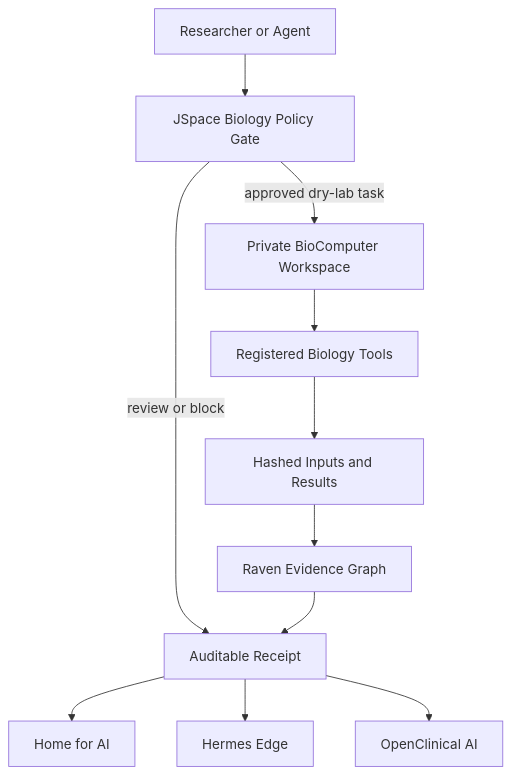
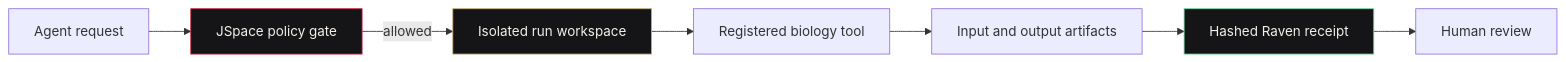
Before and after one commit to simpliibarrii-crypto/simpliibarrii-crypto-raven-biocomputer: the diagram in README.md, drawn with Mermaid. The commit also changed other lines of this file, not shown here.

Commit message:
brand: synchronize BioComputer public presentation

````diff
--- a/README.md
+++ b/README.md
@@ -117,13 +48,13 @@
 ```mermaid
-flowchart TD
-    User[Researcher or Agent] --> Gate[JSpace Biology Policy Gate]
-    Gate -->|approved dry-lab task| Box[Private BioComputer Workspace]
-    Gate -->|review or block| Audit[Auditable Receipt]
-    Box --> Tools[Registered Biology Tools]
-    Tools --> Hash[Hashed Inputs and Results]
-    Hash --> Evidence[Raven Evidence Graph]
-    Evidence --> Audit
-    Audit --> Home[Home for AI]
-    Audit --> Hermes[Hermes Edge]
-    Audit --> Clinical[OpenClinical AI]
+flowchart LR
+    Agent[Agent request] --> Policy[JSpace policy gate]
+    Policy -->|allowed| Workspace[Isolated run workspace]
+    Workspace --> Tool[Registered biology tool]
+    Tool --> Artifacts[Input and output artifacts]
+    Artifacts --> Receipt[Hashed Raven receipt]
+    Receipt --> Review[Human review]
+
+    style Policy fill:#151518,stroke:#C8273F,color:#F4EFE7
+    style Workspace fill:#151518,stroke:#C9AD7D,color:#F4EFE7
+    style Receipt fill:#151518,stroke:#78D7A0,color:#F4EFE7
 ```
````
